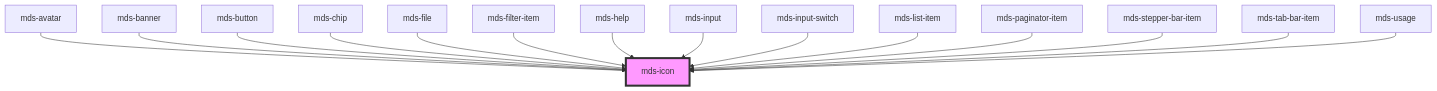
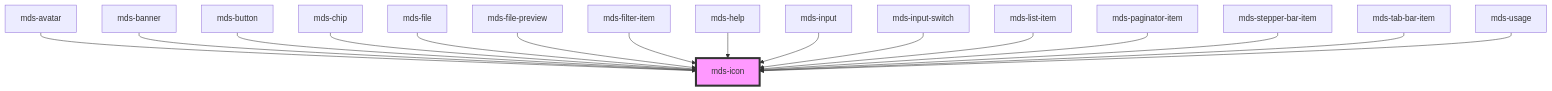
One commit to magma-design-system/magma changed the diagram in projects/stencil/src/components/mds-icon/readme.md. Above: the diagram before and after it, drawn with Mermaid. The commit also changed other lines of this file and 5 other files, not shown here.

````diff
--- a/projects/stencil/src/components/mds-icon/readme.md
+++ b/projects/stencil/src/components/mds-icon/readme.md
@@ -129,18 +130,19 @@
 ```mermaid
 graph TD;
   mds-avatar --> mds-icon
   mds-banner --> mds-icon
   mds-button --> mds-icon
   mds-chip --> mds-icon
   mds-file --> mds-icon
+  mds-file-preview --> mds-icon
   mds-filter-item --> mds-icon
   mds-help --> mds-icon
   mds-input --> mds-icon
   mds-input-switch --> mds-icon
   mds-list-item --> mds-icon
   mds-paginator-item --> mds-icon
   mds-stepper-bar-item --> mds-icon
   mds-tab-bar-item --> mds-icon
   mds-usage --> mds-icon
   style mds-icon fill:#f9f,stroke:#333,stroke-width:4px
 ```
````
